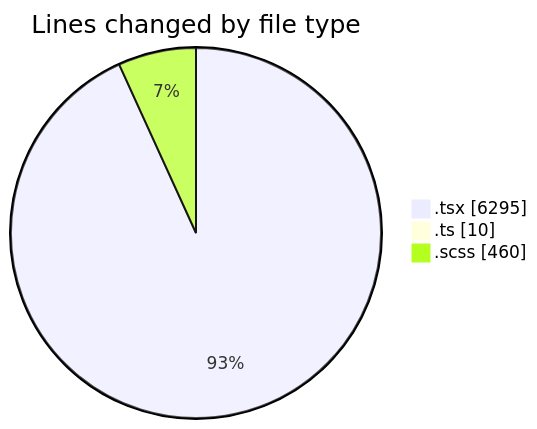
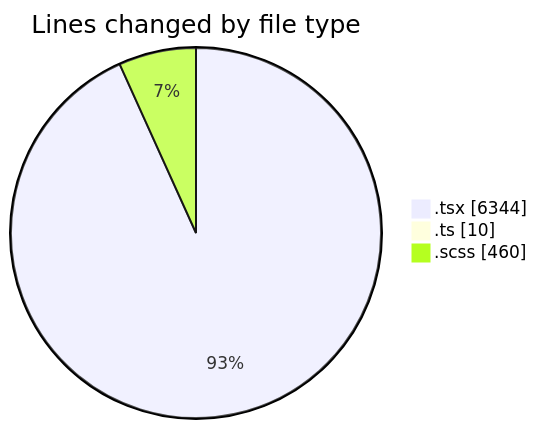
One commit to momahboobian/code-tracking changed the first of 2 diagrams in 2025-11-17/cda/README.md. Above: the diagram before and after it, drawn with Mermaid. The commit also changed other lines of this file and 1 other file, not shown here.

````diff
--- a/2025-11-17/cda/README.md
+++ b/2025-11-17/cda/README.md
@@ -31,7 +31,7 @@
 ```mermaid
 pie showData
 title Lines changed by file type
-".tsx" : 6295
+".tsx" : 6344
 ".ts" : 10
 ".scss" : 460
 ```
````
